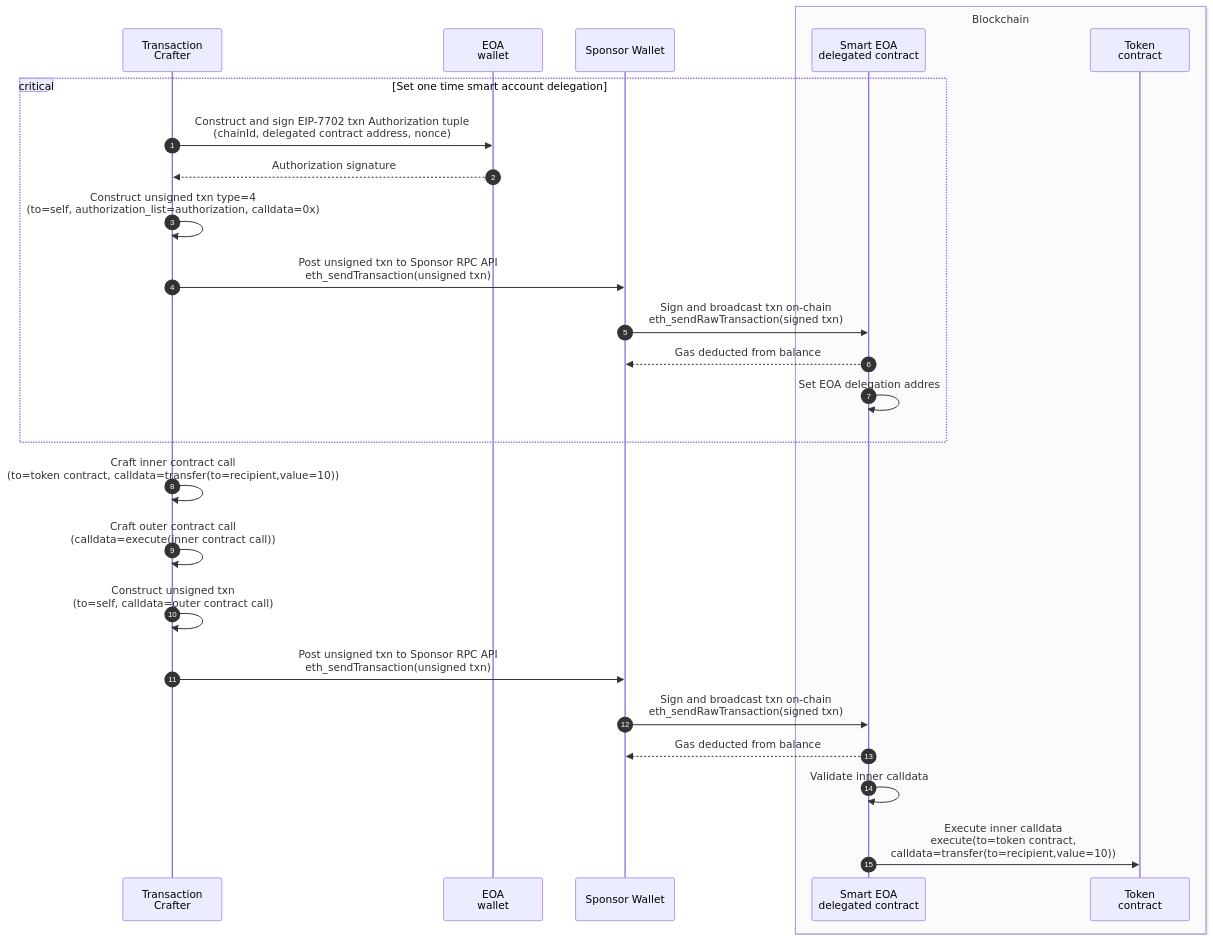
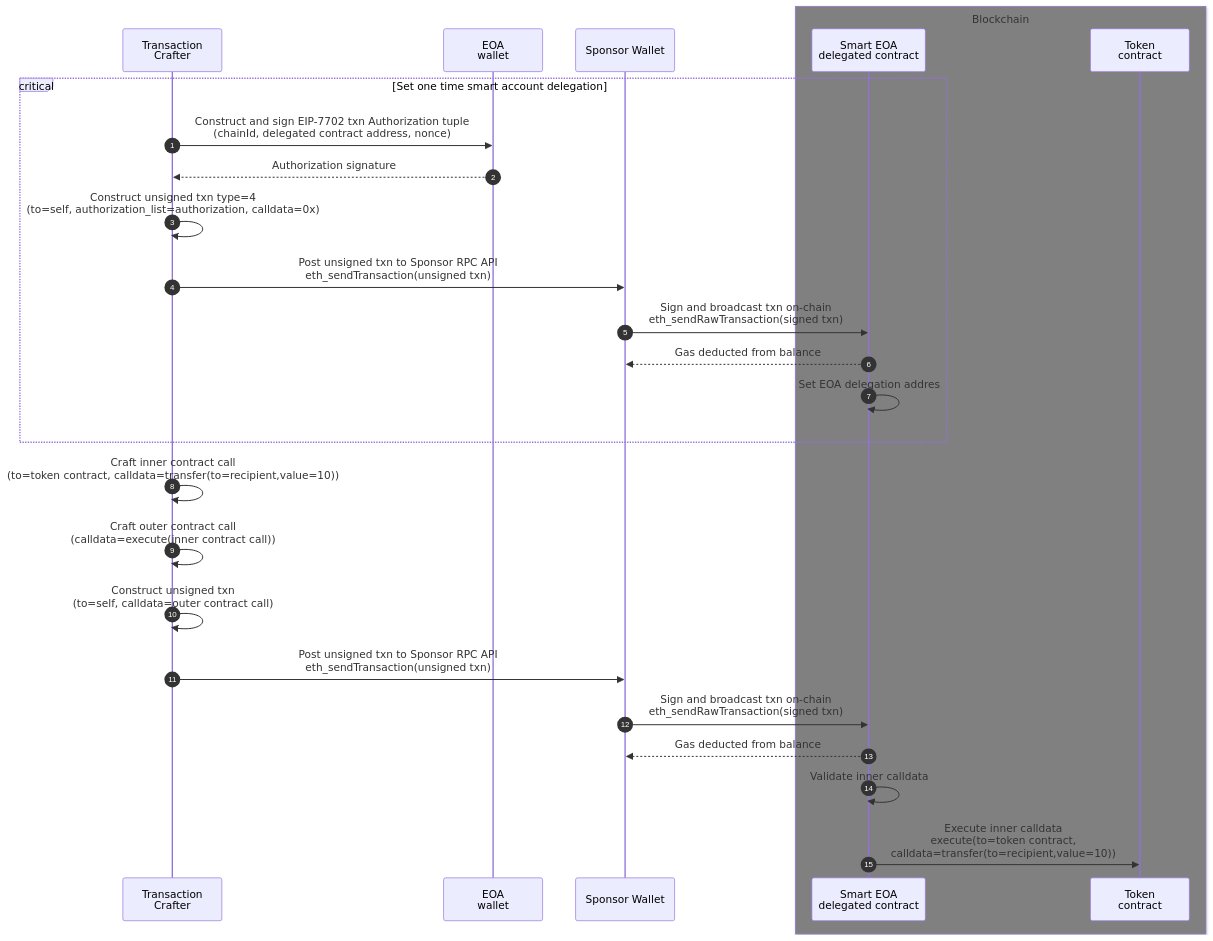
The diagram in README.md (thaichain/prototype-eip7702-gas-sponsorship), drawn with Mermaid before and after one commit. The commit also changed other lines of this file and 3 other files, not shown here.

````diff
--- a/README.md
+++ b/README.md
@@ -7,31 +7,31 @@
 ```mermaid
 sequenceDiagram
     autonumber
     participant TransactionManager as Transaction<br>Crafter
     participant EOA as EOA<br>wallet
     participant Sponsor as Sponsor Wallet
-    box rgb(251,251,251) Blockchain
+    box grey Blockchain
         participant ContractAddress as Smart EOA<br>delegated contract
         participant Token as Token<br>contract
     end
 
     critical Set one time smart account delegation
         TransactionManager->>EOA: Construct and sign EIP-7702 txn Authorization tuple<br>(chainId, delegated contract address, nonce)
         EOA-->>TransactionManager: Authorization signature
         TransactionManager->>TransactionManager: Construct unsigned txn type=4<br>(to=self, authorization_list=authorization, calldata=0x)
         TransactionManager->>Sponsor: Post unsigned txn to Sponsor RPC API<br>eth_sendTransaction(unsigned txn)
         Sponsor->>ContractAddress: Sign and broadcast txn on-chain<br>eth_sendRawTransaction(signed txn)
         ContractAddress-->>Sponsor: Gas deducted from balance
         ContractAddress->>ContractAddress: Set EOA delegation addres
     end
 
     TransactionManager->>TransactionManager: Craft inner contract call<br>(to=token contract, calldata=transfer(to=recipient,value=10))
     TransactionManager->>TransactionManager: Craft outer contract call<br>(calldata=execute(inner contract call))
     TransactionManager->>TransactionManager: Construct unsigned txn<br>(to=self, calldata=outer contract call)
 
     TransactionManager->>Sponsor: Post unsigned txn to Sponsor RPC API<br>eth_sendTransaction(unsigned txn)
     Sponsor->>ContractAddress: Sign and broadcast txn on-chain<br>eth_sendRawTransaction(signed txn)
     ContractAddress-->>Sponsor: Gas deducted from balance
     ContractAddress->>ContractAddress: Validate inner calldata
     ContractAddress->>Token: Execute inner calldata<br>execute(to=token contract,<br> calldata=transfer(to=recipient,value=10))
 ```
````
